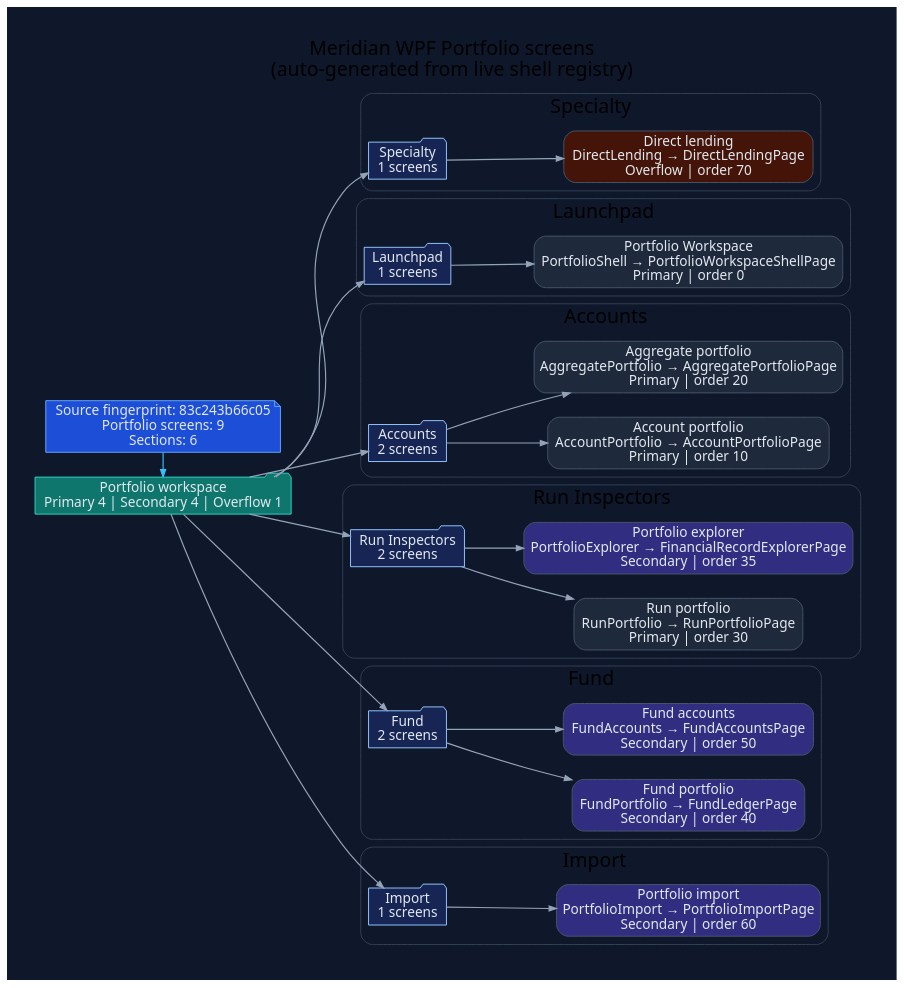
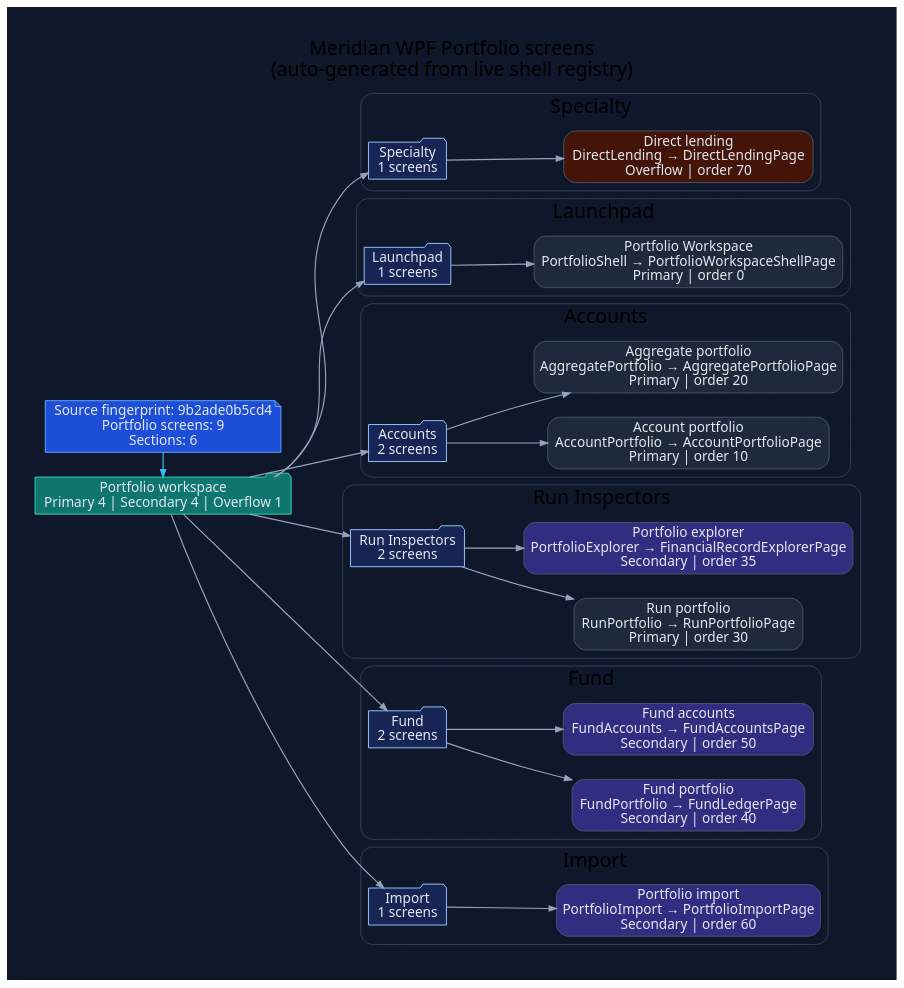
One commit to rodoHasArrived/Meridian-main changed the diagram in docs/diagrams/ui/ui-wpf-screens-portfolio.dot. Above: the diagram before and after it, drawn with Graphviz. The commit also changed 50 other files, not shown here.

```diff
--- a/docs/diagrams/ui/ui-wpf-screens-portfolio.dot
+++ b/docs/diagrams/ui/ui-wpf-screens-portfolio.dot
@@ -1,92 +1,92 @@
 // -----------------------------------------------------------------------------
 // <auto-generated>
 // Generated by scripts/generate-diagrams.mjs.
 // Do not edit this file directly; update the WPF source files instead.
 // -----------------------------------------------------------------------------
 digraph WpfPortfolioScreens {
   graph [
     rankdir=LR,
     labelloc=t,
     label="Meridian WPF Portfolio screens\n(auto-generated from live shell registry)",
     fontname="Segoe UI",
     fontsize=20,
     pad=0.4,
     nodesep=0.35,
     ranksep=0.85,
     bgcolor="#0f172a"
   ];
   node [fontname="Segoe UI", shape=box, style="rounded,filled", color="#475569", fontcolor="#e2e8f0", fillcolor="#1e293b"];
   edge [fontname="Segoe UI", color="#94a3b8", penwidth=1.2, arrowsize=0.75];
 
-  generated [shape=note, fillcolor="#1d4ed8", color="#60a5fa", label="Source fingerprint: 83c243b66c05\nPortfolio screens: 9\nSections: 6"];
+  generated [shape=note, fillcolor="#1d4ed8", color="#60a5fa", label="Source fingerprint: 9b2ade0b5cd4\nPortfolio screens: 9\nSections: 6"];
   workspace [shape=folder, fillcolor="#0f766e", color="#2dd4bf", label="Portfolio workspace\nPrimary 4 | Secondary 4 | Overflow 1"];
   generated -> workspace [color="#38bdf8"];
 
   subgraph cluster_section_1 {
     label="Specialty";
     color="#334155";
     style="rounded";
     section_1 [shape=folder, fillcolor="#172554", color="#93c5fd", label="Specialty\n1 screens"];
     workspace -> section_1;
     screen_DirectLending [fillcolor="#431407", label="Direct lending\nDirectLending → DirectLendingPage\nOverflow | order 70"];
     section_1 -> screen_DirectLending;
   }
 
   subgraph cluster_section_2 {
     label="Launchpad";
     color="#334155";
     style="rounded";
     section_2 [shape=folder, fillcolor="#172554", color="#93c5fd", label="Launchpad\n1 screens"];
     workspace -> section_2;
     screen_PortfolioShell [fillcolor="#1e293b", label="Portfolio Workspace\nPortfolioShell → PortfolioWorkspaceShellPage\nPrimary | order 0"];
     section_2 -> screen_PortfolioShell;
   }
 
   subgraph cluster_section_3 {
     label="Accounts";
     color="#334155";
     style="rounded";
     section_3 [shape=folder, fillcolor="#172554", color="#93c5fd", label="Accounts\n2 screens"];
     workspace -> section_3;
     screen_AccountPortfolio [fillcolor="#1e293b", label="Account portfolio\nAccountPortfolio → AccountPortfolioPage\nPrimary | order 10"];
     section_3 -> screen_AccountPortfolio;
     screen_AggregatePortfolio [fillcolor="#1e293b", label="Aggregate portfolio\nAggregatePortfolio → AggregatePortfolioPage\nPrimary | order 20"];
     section_3 -> screen_AggregatePortfolio;
   }
 
   subgraph cluster_section_4 {
     label="Run Inspectors";
     color="#334155";
     style="rounded";
     section_4 [shape=folder, fillcolor="#172554", color="#93c5fd", label="Run Inspectors\n2 screens"];
     workspace -> section_4;
     screen_RunPortfolio [fillcolor="#1e293b", label="Run portfolio\nRunPortfolio → RunPortfolioPage\nPrimary | order 30"];
     section_4 -> screen_RunPortfolio;
     screen_PortfolioExplorer [fillcolor="#312e81", label="Portfolio explorer\nPortfolioExplorer → FinancialRecordExplorerPage\nSecondary | order 35"];
     section_4 -> screen_PortfolioExplorer;
   }
 
   subgraph cluster_section_5 {
     label="Fund";
     color="#334155";
     style="rounded";
     section_5 [shape=folder, fillcolor="#172554", color="#93c5fd", label="Fund\n2 screens"];
     workspace -> section_5;
     screen_FundPortfolio [fillcolor="#312e81", label="Fund portfolio\nFundPortfolio → FundLedgerPage\nSecondary | order 40"];
     section_5 -> screen_FundPortfolio;
     screen_FundAccounts [fillcolor="#312e81", label="Fund accounts\nFundAccounts → FundAccountsPage\nSecondary | order 50"];
     section_5 -> screen_FundAccounts;
   }
 
   subgraph cluster_section_6 {
     label="Import";
     color="#334155";
     style="rounded";
     section_6 [shape=folder, fillcolor="#172554", color="#93c5fd", label="Import\n1 screens"];
     workspace -> section_6;
     screen_PortfolioImport [fillcolor="#312e81", label="Portfolio import\nPortfolioImport → PortfolioImportPage\nSecondary | order 60"];
     section_6 -> screen_PortfolioImport;
   }
 
   { rank=min; generated; workspace; }
 }
```
